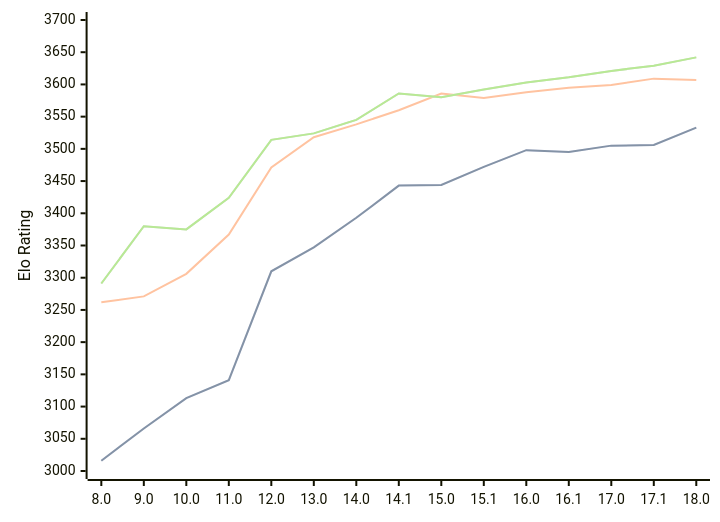
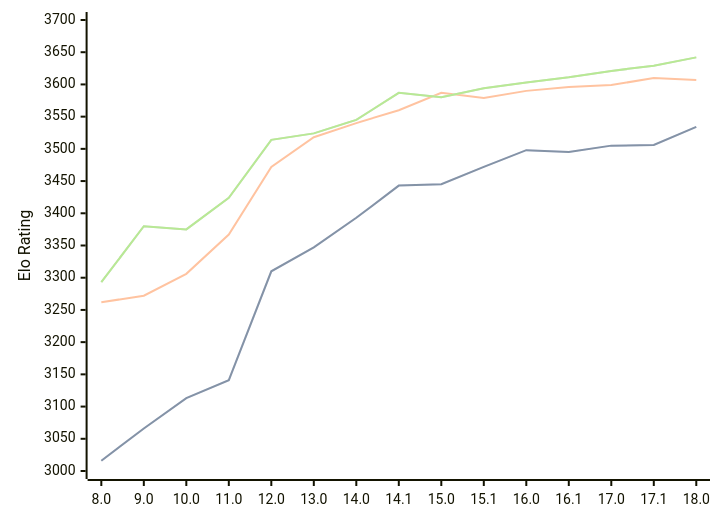
The diagram in engines/Stockfish.md (computer-chess-index/cci), drawn with Mermaid before and after one commit. The commit also changed other lines of this file, not shown here.

Commit message:
Update CCI Ratings (ELO VLTC) - 2026-04-03

````diff
--- a/engines/Stockfish.md
+++ b/engines/Stockfish.md
@@ -46,11 +46,11 @@
 ```mermaid
 %%{init: {"theme":"base","themeVariables":{"seriesColors:['#a3a3a3','#222221','#faa371']}}}%%
 xychart-beta
   x-axis ["8.0", "9.0", "10.0", "11.0", "12.0", "13.0", "14.0", "14.1", "15.0", "15.1", "16.0", "16.1", "17.0", "17.1", "18.0"]
   y-axis "Elo Rating" 3000 --> 3700
-  line "STC (8.0+0.08s)" [3016, 3066, 3113, 3141, 3310, 3347, 3393, 3443, 3444, 3472, 3498, 3495, 3505, 3506, 3533]
-  line "STC (8.0+0.08s)" [3016, 3066, 3113, 3141, 3310, 3347, 3393, 3443, 3444, 3472, 3498, 3495, 3505, 3506, 3533]
-  line "LTC (60.0+0.60s)" [3262, 3271, 3306, 3367, 3471, 3518, 3538, 3560, 3586, 3579, 3588, 3595, 3599, 3609, 3607]
-  line "VLTC (2m24s+1.12s)" [3291, 3380, 3375, 3424, 3514, 3524, 3545, 3586, 3580, 3592, 3603, 3611, 3621, 3629, 3642]
-  line "VLTC (2m24s+1.12s)" [3291, 3380, 3375, 3424, 3514, 3524, 3545, 3586, 3580, 3592, 3603, 3611, 3621, 3629, 3642]
+  line "STC (8.0+0.08s)" [3016, 3066, 3113, 3141, 3310, 3347, 3393, 3443, 3445, 3472, 3498, 3495, 3505, 3506, 3534]
+  line "STC (8.0+0.08s)" [3016, 3066, 3113, 3141, 3310, 3347, 3393, 3443, 3445, 3472, 3498, 3495, 3505, 3506, 3534]
+  line "LTC (60.0+0.60s)" [3262, 3272, 3306, 3367, 3472, 3518, 3540, 3560, 3587, 3579, 3590, 3596, 3599, 3610, 3607]
+  line "VLTC (2m24s+1.12s)" [3293, 3380, 3375, 3424, 3514, 3524, 3545, 3587, 3580, 3594, 3603, 3611, 3621, 3629, 3642]
+  line "VLTC (2m24s+1.12s)" [3293, 3380, 3375, 3424, 3514, 3524, 3545, 3587, 3580, 3594, 3603, 3611, 3621, 3629, 3642]
 ```
````
